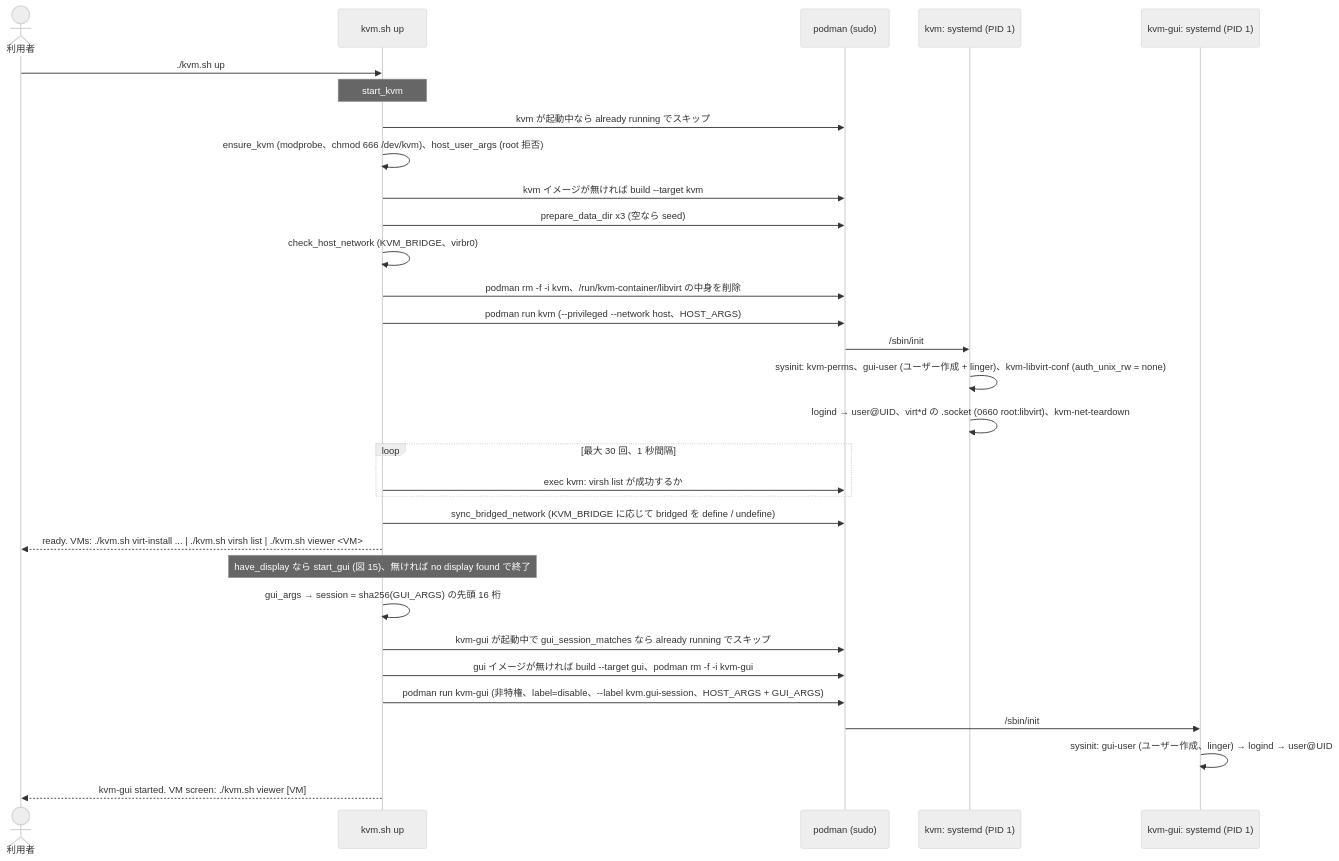
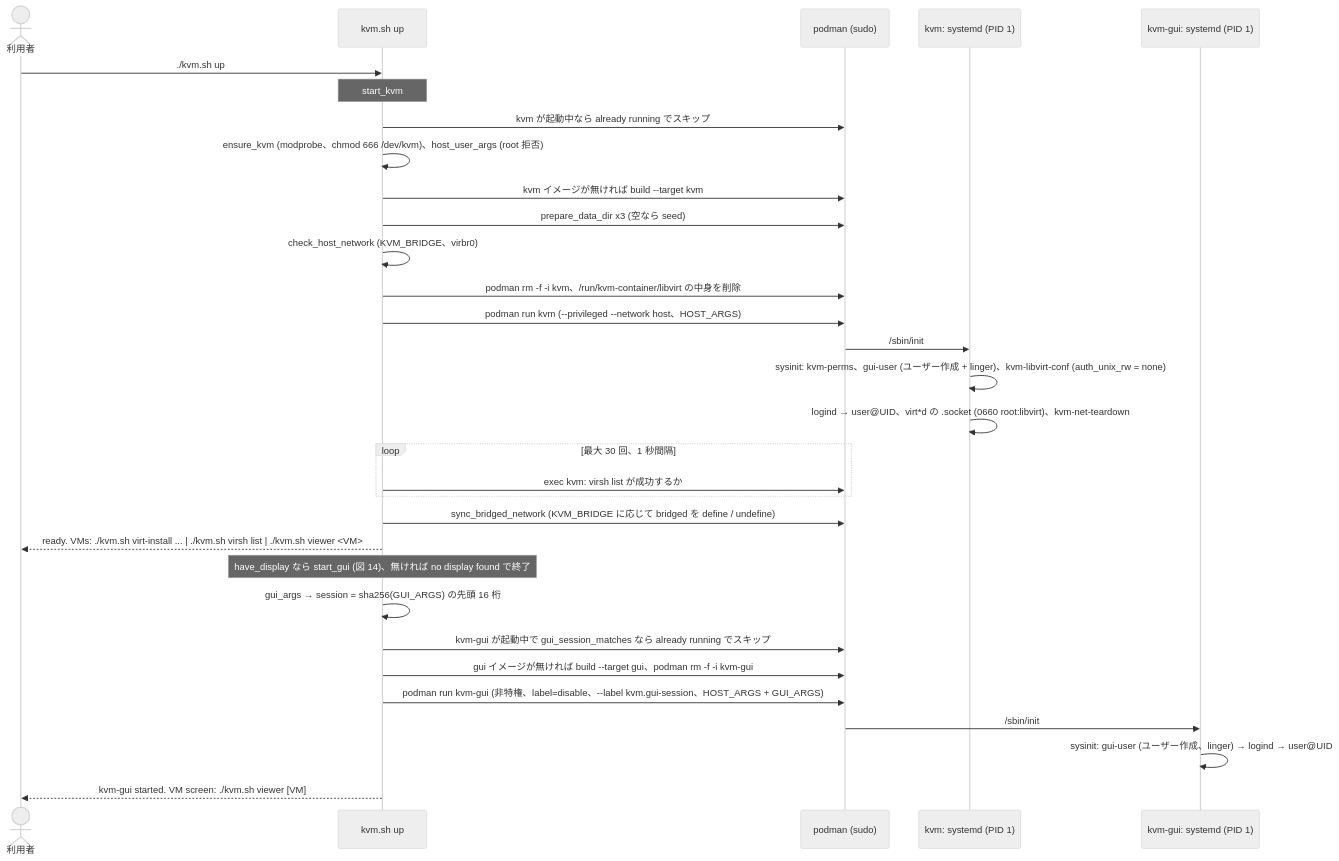
Diagram 13 of 21 in docs/SPEC.md (ryo-aoki-pc/kvm-container), drawn with Mermaid (neutral theme) before and after one commit. The commit also changed other lines of this file and 7 other files, not shown here.

````diff
--- a/docs/SPEC.md
+++ b/docs/SPEC.md
@@ -685,33 +627,33 @@
 ```mermaid
 sequenceDiagram
   actor U as 利用者
   participant K as kvm.sh up
   participant P as podman (sudo)
   participant S as kvm: systemd (PID 1)
   participant G as kvm-gui: systemd (PID 1)
   U->>K: ./kvm.sh up
   Note over K: start_kvm
   K->>P: kvm が起動中なら already running でスキップ
   K->>K: ensure_kvm (modprobe、chmod 666 /dev/kvm)、host_user_args (root 拒否)
   K->>P: kvm イメージが無ければ build --target kvm
   K->>P: prepare_data_dir x3 (空なら seed)
   K->>K: check_host_network (KVM_BRIDGE、virbr0)
   K->>P: podman rm -f -i kvm、/run/kvm-container/libvirt の中身を削除
   K->>P: podman run kvm (--privileged --network host、HOST_ARGS)
   P->>S: /sbin/init
   S->>S: sysinit: kvm-perms、gui-user (ユーザー作成 + linger)、kvm-libvirt-conf (auth_unix_rw = none)
   S->>S: logind → user@UID、virt*d の .socket (0660 root:libvirt)、kvm-net-teardown
   loop 最大 30 回、1 秒間隔
     K->>P: exec kvm: virsh list が成功するか
   end
   K->>P: sync_bridged_network (KVM_BRIDGE に応じて bridged を define / undefine)
   K-->>U: ready. VMs: ./kvm.sh virt-install ... | ./kvm.sh virsh list | ./kvm.sh viewer <VM>
-  Note over K: have_display なら start_gui (図 15)、無ければ no display found で終了
+  Note over K: have_display なら start_gui (図 14)、無ければ no display found で終了
   K->>K: gui_args → session = sha256(GUI_ARGS) の先頭 16 桁
   K->>P: kvm-gui が起動中で gui_session_matches なら already running でスキップ
   K->>P: gui イメージが無ければ build --target gui、podman rm -f -i kvm-gui
   K->>P: podman run kvm-gui (非特権、label=disable、--label kvm.gui-session、HOST_ARGS + GUI_ARGS)
   P->>G: /sbin/init
   G->>G: sysinit: gui-user (ユーザー作成、linger) → logind → user@UID
   K-->>U: kvm-gui started. VM screen: ./kvm.sh viewer [VM]
 ```
````
